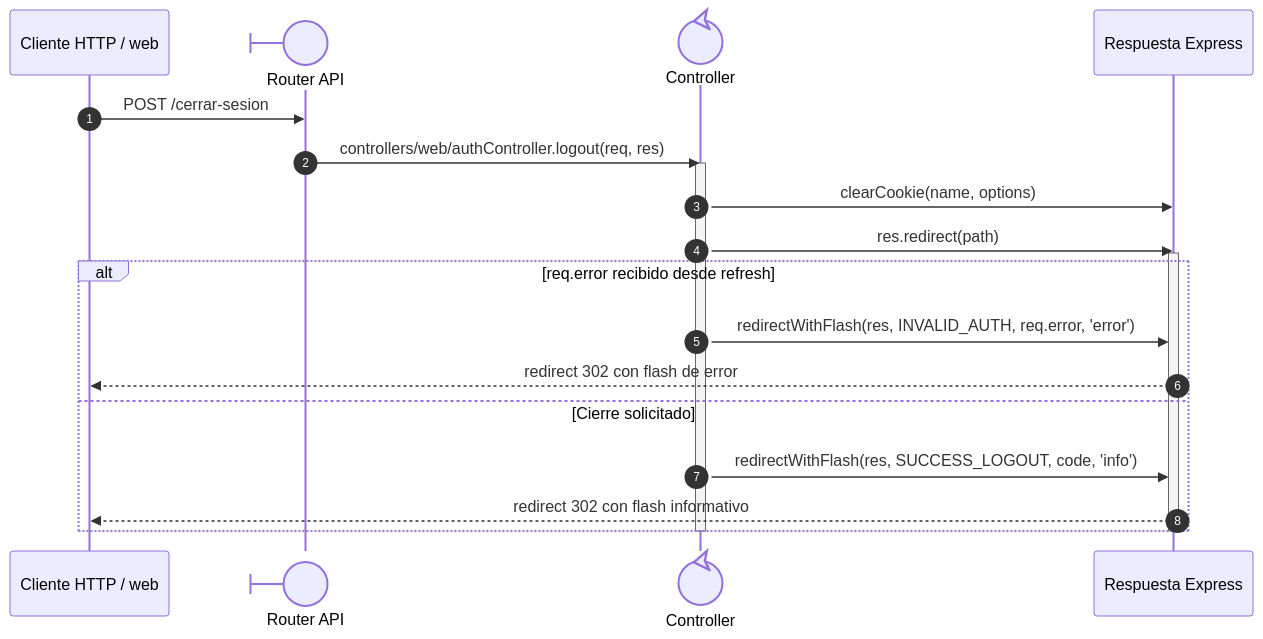
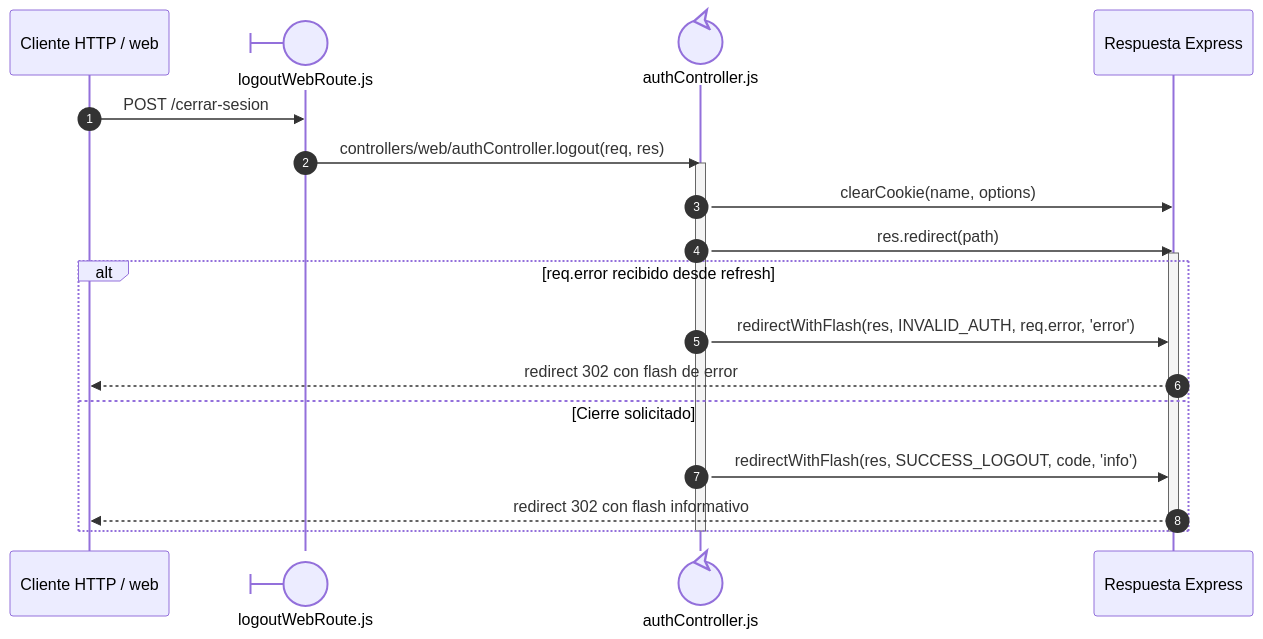
The diagram in docs/architecture/views/processes/backend-code-sequences/authentication/cu-aut-02.md (gpgsistemas01/nexus), drawn with Mermaid before and after one commit. The commit also changed other lines of this file and 192 other files, not shown here.

Commit message:
docs: make sequence file ownership explicit and align code flows

````diff
--- a/docs/architecture/views/processes/backend-code-sequences/authentication/cu-aut-02.md
+++ b/docs/architecture/views/processes/backend-code-sequences/authentication/cu-aut-02.md
@@ -20,24 +22,24 @@
 ```mermaid
 sequenceDiagram
     autonumber
     participant Client as Cliente HTTP / web
-    participant Route@{ "type": "boundary" } as Router API
-    participant Controller@{ "type": "control" } as Controller
+    participant Route@{ "type": "boundary" } as logoutWebRoute.js
+    participant Controller@{ "type": "control" } as authController.js
     participant Response as Respuesta Express
 
     Client->>Route: POST /cerrar-sesion
     Route->>Controller: controllers/web/authController.logout(req, res)
     activate Controller
     Controller->>Response: clearCookie(name, options)
     Controller->>Response: res.redirect(path)
     activate Response
     alt req.error recibido desde refresh
         Controller->>Response: redirectWithFlash(res, INVALID_AUTH, req.error, 'error')
         Response-->>Client: redirect 302 con flash de error
     else Cierre solicitado
         Controller->>Response: redirectWithFlash(res, SUCCESS_LOGOUT, code, 'info')
         Response-->>Client: redirect 302 con flash informativo
     end
     deactivate Response
     deactivate Controller
 ```
````
